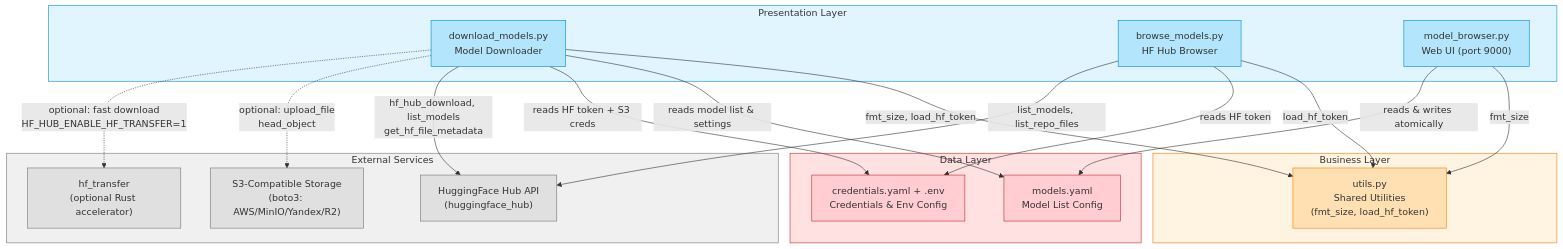
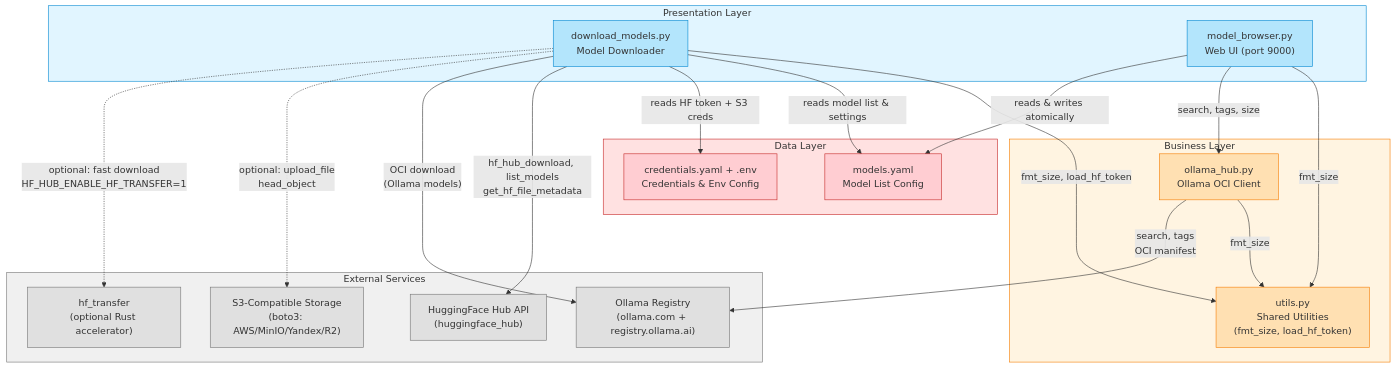
The first of 3 diagrams in docs/architecture/diagrams/dependency-graph.md (ikeniborn/aihub), drawn with Mermaid before and after one commit. The commit also changed other lines of this file and 10 other files, not shown here.

````diff
--- a/docs/architecture/diagrams/dependency-graph.md
+++ b/docs/architecture/diagrams/dependency-graph.md
@@ -7,50 +7,53 @@
 ```mermaid
 graph TD
     subgraph presentation["Presentation Layer"]
         DL["download_models.py\nModel Downloader"]
-        BM["browse_models.py\nHF Hub Browser"]
         MB["model_browser.py\nWeb UI (port 9000)"]
     end
 
     subgraph business["Business Layer"]
         UT["utils.py\nShared Utilities\n(fmt_size, load_hf_token)"]
+        OH["ollama_hub.py\nOllama OCI Client"]
     end
 
     subgraph data["Data Layer"]
         MC["models.yaml\nModel List Config"]
         CC["credentials.yaml + .env\nCredentials & Env Config"]
     end
 
     subgraph external["External Services"]
         HF["HuggingFace Hub API\n(huggingface_hub)"]
+        OL["Ollama Registry\n(ollama.com + registry.ollama.ai)"]
         S3["S3-Compatible Storage\n(boto3: AWS/MinIO/Yandex/R2)"]
         HFT["hf_transfer\n(optional Rust accelerator)"]
     end
 
     DL -->|"fmt_size, load_hf_token"| UT
     DL -->|"reads model list & settings"| MC
     DL -->|"reads HF token + S3 creds"| CC
-    BM -->|"load_hf_token"| UT
-    BM -->|"reads HF token"| CC
+    OH -->|"fmt_size"| UT
     MB -->|"fmt_size"| UT
+    MB -->|"search, tags, size"| OH
     MB -->|"reads & writes atomically"| MC
 
     DL -->|"hf_hub_download, list_models\nget_hf_file_metadata"| HF
-    BM -->|"list_models, list_repo_files"| HF
+    DL -->|"OCI download\n(Ollama models)"| OL
+    OH -->|"search, tags\nOCI manifest"| OL
     DL -.->|"optional: upload_file\nhead_object"| S3
     DL -.->|"optional: fast download\nHF_HUB_ENABLE_HF_TRANSFER=1"| HFT
 
     style presentation fill:#e1f5ff,stroke:#0288d1
     style business fill:#fff4e1,stroke:#f57c00
     style data fill:#ffe1e1,stroke:#c62828
     style external fill:#f0f0f0,stroke:#757575
     style DL fill:#b3e5fc,stroke:#0288d1
-    style BM fill:#b3e5fc,stroke:#0288d1
     style MB fill:#b3e5fc,stroke:#0288d1
     style UT fill:#ffe0b2,stroke:#f57c00
+    style OH fill:#ffe0b2,stroke:#f57c00
     style MC fill:#ffcdd2,stroke:#c62828
     style CC fill:#ffcdd2,stroke:#c62828
     style HF fill:#e0e0e0,stroke:#757575
+    style OL fill:#e0e0e0,stroke:#757575
     style S3 fill:#e0e0e0,stroke:#757575
     style HFT fill:#e0e0e0,stroke:#757575
 ```
````
